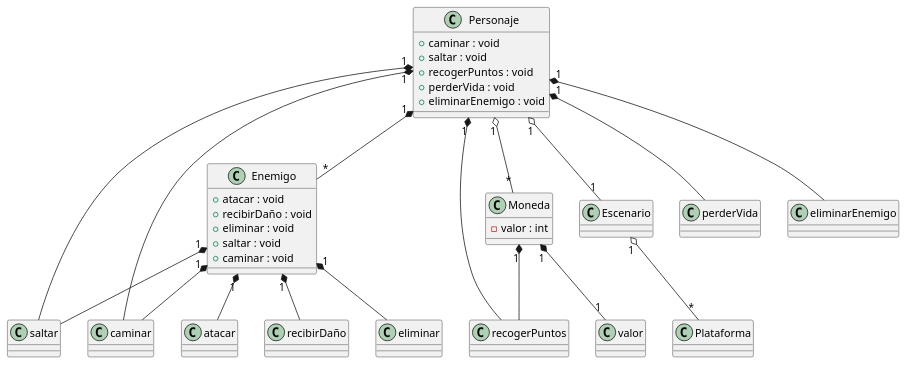
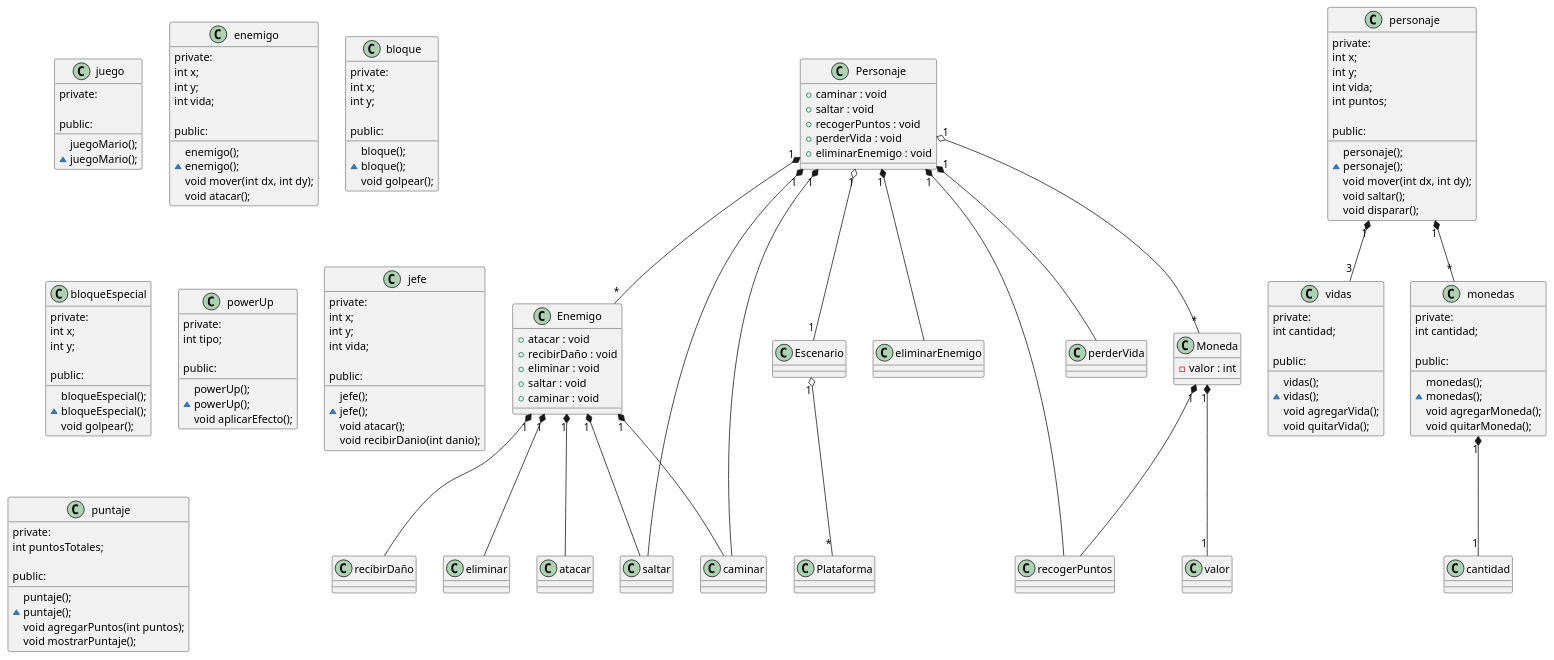
The diagram in diagrama_uml.puml (LeonardoReynoso24110235/Mario_Bros), drawn with PlantUML before and after one commit. The commit also changed 4 other files, not shown here.

```diff
--- a/diagrama_uml.puml
+++ b/diagrama_uml.puml
@@ -1,47 +1,164 @@
 @startuml
 class Personaje {
     + caminar : void
     + saltar : void
     + recogerPuntos : void
     + perderVida : void
     + eliminarEnemigo : void    
 }
 
 class Enemigo {
     + atacar : void
     + recibirDaño : void
     + eliminar : void
     + saltar : void
     + caminar : void
 }
 
 class Moneda {
     - valor : int
 }
 
 class Escenario {
    
 }
 
 class Plataforma {
 
 }
 
+class juego {
+    private:
+
+    public:
+        juegoMario();
+        ~juegoMario();
+}
+
+class personaje {
+    private:
+        int x;
+        int y;
+        int vida;
+        int puntos;
+
+    public:
+        personaje();
+        ~personaje();
+        void mover(int dx, int dy);
+        void saltar();
+        void disparar();
+}
+
+class enemigo {
+    private:
+        int x;
+        int y;
+        int vida;
+
+    public:
+        enemigo();
+        ~enemigo();
+        void mover(int dx, int dy);
+        void atacar();
+}
+
+class vidas {
+    private:
+        int cantidad;
+
+    public:
+        vidas();
+        ~vidas();
+        void agregarVida();
+        void quitarVida();
+}
+
+class monedas {
+    private:
+        int cantidad;
+
+    public:
+        monedas();
+        ~monedas();
+        void agregarMoneda();
+        void quitarMoneda();
+}
+
+class bloque {
+    private:
+        int x;
+        int y;
+        
+    public:
+        bloque();
+        ~bloque();
+        void golpear();
+}
+
+class bloqueEspecial {
+    private:
+        int x;
+        int y;
+
+    public:
+        bloqueEspecial();
+        ~bloqueEspecial();
+        void golpear();
+}
+
+class powerUp {
+    private:
+        int tipo;
+
+    public:
+        powerUp();
+        ~powerUp();
+        void aplicarEfecto();
+}
+
+class jefe {
+    private:
+        int x;
+        int y;
+        int vida;
+
+    public:
+        jefe();
+        ~jefe();
+        void atacar();
+        void recibirDanio(int danio);
+}
+
+class puntaje {
+    private:
+        int puntosTotales;
+
+    public:
+        puntaje();
+        ~puntaje();
+        void agregarPuntos(int puntos);
+        void mostrarPuntaje();
+}
+
+personaje "1" *-- "3" vidas
+personaje "1" *-- "*" monedas
+monedas "1" *-- "1" cantidad
 Personaje "1" *-- "*" Enemigo
 Personaje "1" o-- "*" Moneda
 Personaje "1" o-- "1" Escenario
 Escenario "1" o-- "*" Plataforma
 Personaje "1" *-- saltar
 Enemigo "1" *-- saltar
 Personaje "1" *-- caminar
 Enemigo "1" *-- caminar
 Personaje "1" *-- recogerPuntos
 Personaje "1" *-- perderVida
 Personaje "1" *-- eliminarEnemigo
 Enemigo "1" *-- atacar
 Enemigo "1" *-- recibirDaño
 Enemigo "1" *-- eliminar
 Moneda "1" *-- "1" valor
 Moneda "1" *-- recogerPuntos
 
 @enduml
```
